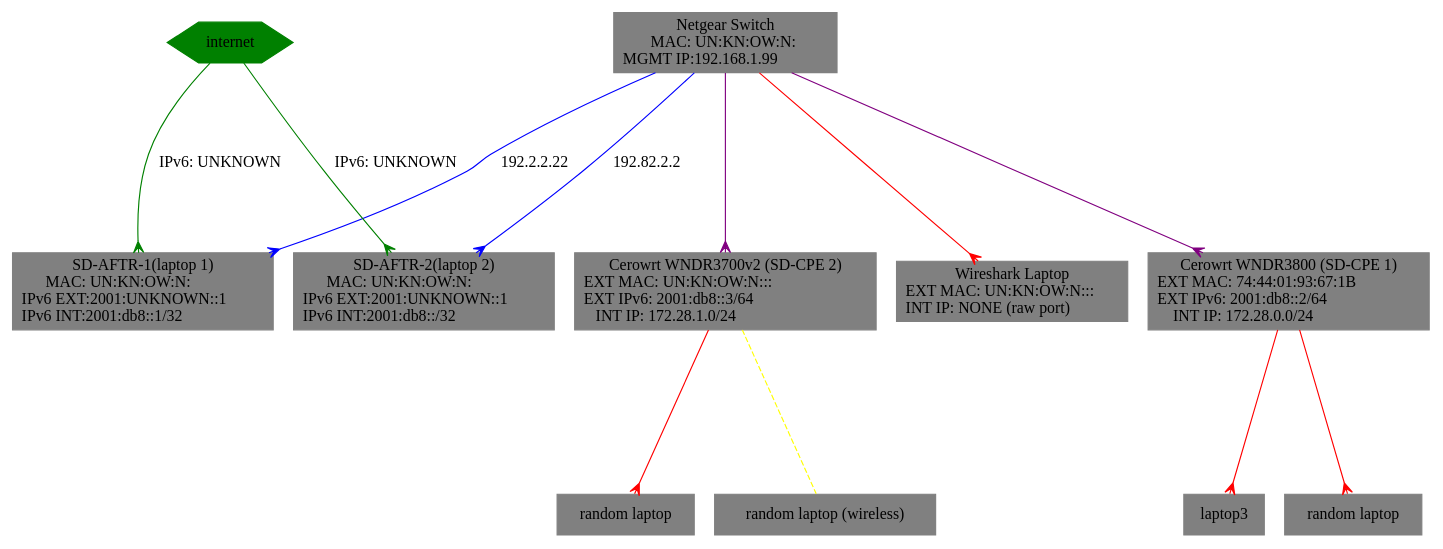
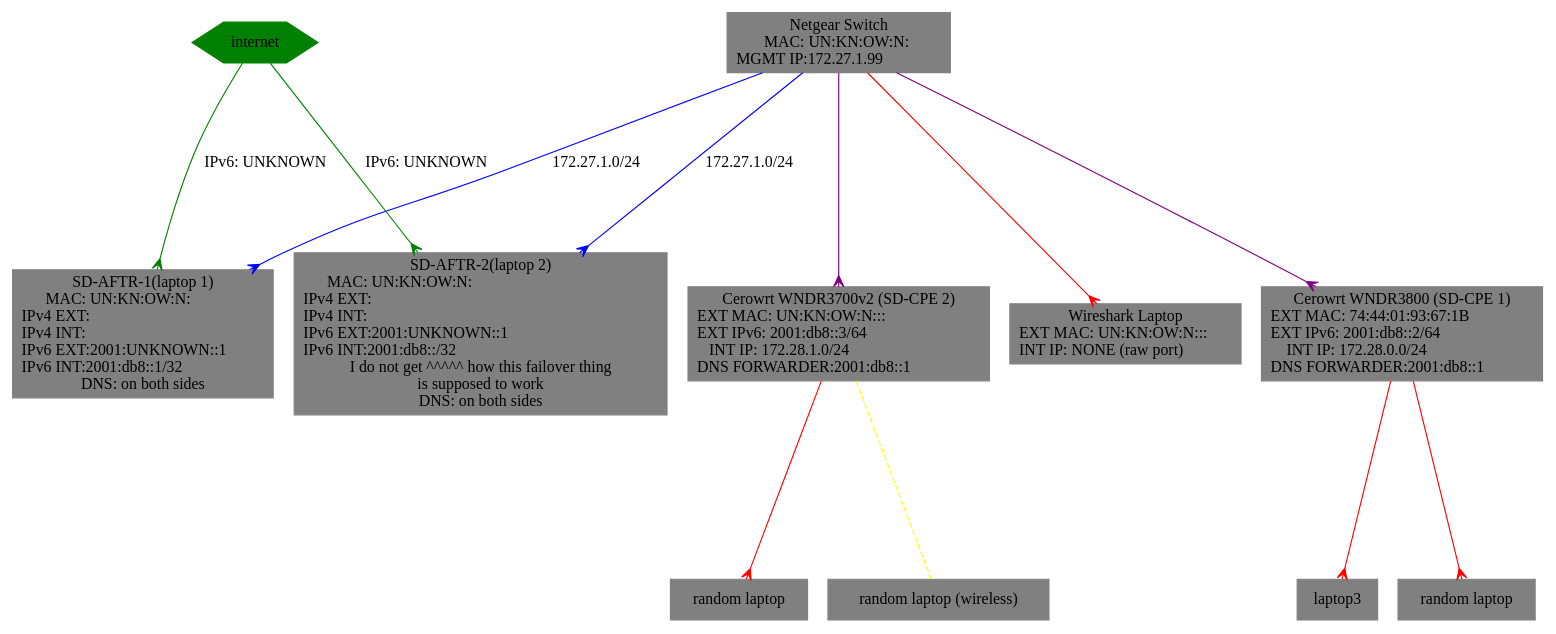
Before and after one commit to dtaht/sdcpe-demo-doc: the diagram in shownet.gv, drawn with Graphviz.

Commit message:
decided to steer clear of 192

```diff
--- a/shownet.gv
+++ b/shownet.gv
@@ -1,33 +1,33 @@
 digraph G {
  ranksep=2;
  ratio=auto;
- "SWITCH" [label="Netgear Switch\n        MAC: UN:KN:OW:N:\lMGMT IP:192.168.1.99\l"
+ "SWITCH" [label="Netgear Switch\n        MAC: UN:KN:OW:N:\lMGMT IP:172.27.1.99\l"
 	   shape="box",style="filled",color="grey" ];
  "Internet" [label="internet",
 	     shape="hexagon",style="filled",color="green" ];
- "SD-AFTR-2" [label="SD-AFTR-2(laptop 2)\n       MAC: UN:KN:OW:N:\lIPv6 EXT:2001:UNKNOWN::1\lIPv6 INT:2001:db8::/32\l",
+ "SD-AFTR-2" [label="SD-AFTR-2(laptop 2)\n       MAC: UN:KN:OW:N:\lIPv4 EXT:\lIPv4 INT:\lIPv6 EXT:2001:UNKNOWN::1\lIPv6 INT:2001:db8::/32\lI do not get ^^^^^ how this failover thing\nis supposed to work\nDNS: on both sides",
 	      shape="box",style="filled",color="grey" ];
- "SD-AFTR-1" [label="SD-AFTR-1(laptop 1)\n       MAC: UN:KN:OW:N:\lIPv6 EXT:2001:UNKNOWN::1\lIPv6 INT:2001:db8::1/32\l",
+ "SD-AFTR-1" [label="SD-AFTR-1(laptop 1)\n       MAC: UN:KN:OW:N:\lIPv4 EXT:\lIPv4 INT:\lIPv6 EXT:2001:UNKNOWN::1\lIPv6 INT:2001:db8::1/32\lDNS: on both sides",
 	      shape="box",style="filled",color="grey" ];
- "SD-CPE1" [label="Cerowrt WNDR3800 (SD-CPE 1)\nEXT MAC: 74:44:01:93:67:1B\l EXT IPv6: 2001:db8::2/64\l     INT IP: 172.28.0.0/24\l",
+ "SD-CPE1" [label="Cerowrt WNDR3800 (SD-CPE 1)\nEXT MAC: 74:44:01:93:67:1B\l EXT IPv6: 2001:db8::2/64\l     INT IP: 172.28.0.0/24\lDNS FORWARDER:2001:db8::1\l",
 	    shape="box",style="filled",color="grey" ];
- "SD-CPE2" [label="Cerowrt WNDR3700v2 (SD-CPE 2)\nEXT MAC: UN:KN:OW:N:::\lEXT IPv6: 2001:db8::3/64\l    INT IP: 172.28.1.0/24\l",
+ "SD-CPE2" [label="Cerowrt WNDR3700v2 (SD-CPE 2)\nEXT MAC: UN:KN:OW:N:::\lEXT IPv6: 2001:db8::3/64\l    INT IP: 172.28.1.0/24\lDNS FORWARDER:2001:db8::1\l",
 	    shape="box",style="filled",color="grey" ];
  "wireshark" [label="Wireshark Laptop\nEXT MAC: UN:KN:OW:N:::\l INT IP: NONE (raw port)\l",
 	    shape="box",style="filled",color="grey" ];
- "SWITCH" -> "SD-AFTR-2" [ label="192.82.2.2",color="blue",arrowhead="crow" ];
- "SWITCH" -> "SD-AFTR-1" [ label="192.2.2.22",color="blue",arrowhead="crow" ];
+ "SWITCH" -> "SD-AFTR-2" [ label="172.27.1.0/24",color="blue",arrowhead="crow" ];
+ "SWITCH" -> "SD-AFTR-1" [ label="172.27.1.0/24",color="blue",arrowhead="crow" ];
  "SWITCH" -> "SD-CPE1" [ color="purple",arrowhead="crow" ];
  "SWITCH" -> "SD-CPE2" [ color="purple",arrowhead="crow" ];
  "SWITCH" -> "wireshark" [ color="red",arrowhead="crow" ];
  "client1" [ label="laptop3",shape="box",style="filled",color="grey" ];
  "client2" [ label="random laptop",shape="box",style="filled",color="grey" ];
  "client3" [ label="random laptop",shape="box",style="filled",color="grey" ];
  "client4" [ label="random laptop (wireless)",shape="box",style="filled",color="grey" ];
  "Internet" -> "SD-AFTR-1" [ label="IPv6: UNKNOWN",color="green",arrowhead="crow" ];
  "Internet" -> "SD-AFTR-2" [ label="IPv6: UNKNOWN",color="green",arrowhead="crow" ];
  "SD-CPE1" -> "client1" [ color="red",arrowhead="crow" ];
  "SD-CPE1" -> "client2" [ color="red",arrowhead="crow" ];
  "SD-CPE2" -> "client3" [ color="red",arrowhead="crow" ];
  "SD-CPE2" -> "client4" [ color="yellow",style="dashed",arrowhead="none" ];
 }
```
